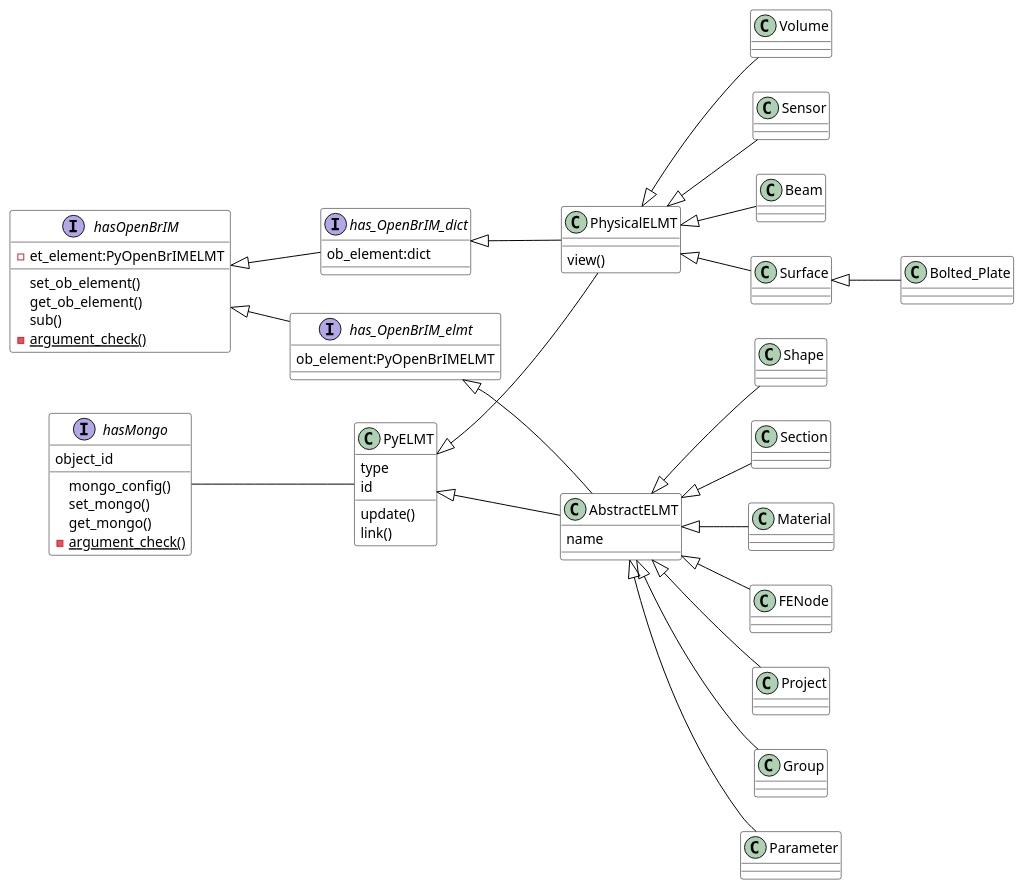
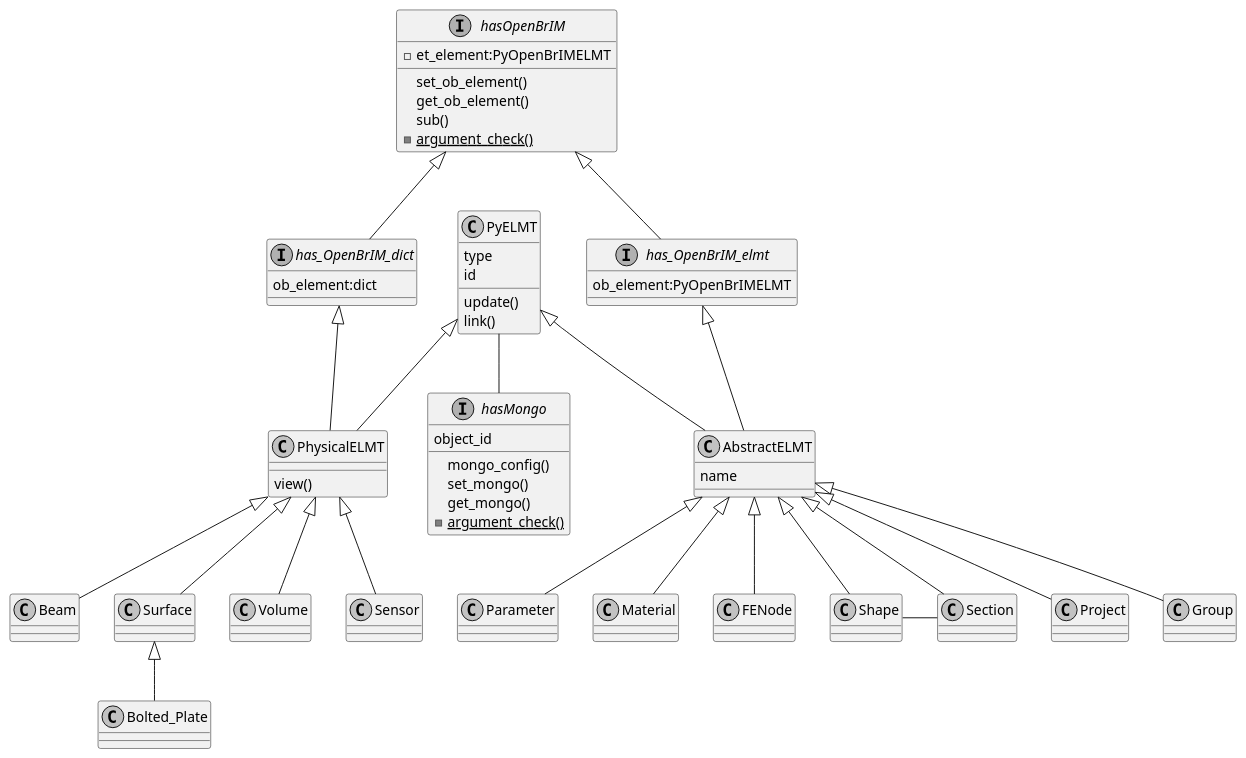
One commit to YidongQIN/PyBMS_BrIM changed the diagram in Notes & Diagrams/BMS_BrIM_class.puml. Above: the diagram before and after it, drawn with PlantUML. The commit also changed 16 other files, not shown here.

Commit message:
PlantUML

```diff
--- a/Notes & Diagrams/BMS_BrIM_class.puml
+++ b/Notes & Diagrams/BMS_BrIM_class.puml
@@ -1,102 +1,114 @@
 @startuml
 
-' top to bottom direction
-left to right direction
+top to bottom direction
+' left to right direction
+
+skinparam shadowing false
+skinparam monochrome true
 
 skinparam class {
-    BackgroundColor White
-    ArrowColor Black
-    BorderColor Black
+
+    ' BackgroundColor White
+    ' ArrowColor Black
+    ' BorderColor Black
 }
 
 Interface hasMongo{
     object_id
     mongo_config()
     set_mongo()
     get_mongo()
     - {static} argument_check()
 }
 
-hasMongo -- PyELMT
+hasMongo -up- PyELMT
 
 Interface hasOpenBrIM{
     - et_element:PyOpenBrIMELMT
     set_ob_element()
     get_ob_element()
     sub()
     - {static} argument_check()
 }
 
 Interface has_OpenBrIM_elmt{
     ob_element:PyOpenBrIMELMT
 }
 
 Interface has_OpenBrIM_dict{
     ob_element:dict
 }
 
-hasOpenBrIM <|-- has_OpenBrIM_elmt
-hasOpenBrIM <|-- has_OpenBrIM_dict
 
 class PyELMT{
     type
     id
     update()
     link()
 }
 
 class AbstractELMT{
     name
 }
 
 class PhysicalELMT{
     view()
 }
 
 ' hide PhysicalELMT circle
 
 together {
     class PyELMT
     ' class AbstractELMT
     ' class PhysicalELMT
     Interface hasMongo
     Interface hasOpenBrIM
 }
 
-' hasOpenBrIM -- hasMongo
-
 PyELMT <|-- AbstractELMT
 PyELMT <|-- PhysicalELMT
-
 has_OpenBrIM_elmt <|-- AbstractELMT
 has_OpenBrIM_dict <|-- PhysicalELMT
+
+hasOpenBrIM <|-- has_OpenBrIM_elmt
+hasOpenBrIM <|-- has_OpenBrIM_dict
 
 class Project
 class Group
 class Parameter
 class Shape
 class Section
 class Material
 class FENode
 
+together {
+    class Project
+    class Group
+}
+
 AbstractELMT <|-- Project
 AbstractELMT <|-- Group
 AbstractELMT <|-- Parameter
 AbstractELMT <|-- Shape
 AbstractELMT <|-- Section
 AbstractELMT <|-- Material
 AbstractELMT <|-- FENode
+Shape -right- Section
+' Material -- Section
 
 class Beam
 class Surface
 class Bolted_Plate
 class Volume
 class Sensor
 
 PhysicalELMT <|-- Beam
 PhysicalELMT <|-- Surface
 Surface <|-- Bolted_Plate
 PhysicalELMT <|-- Volume
 PhysicalELMT <|-- Sensor
 
+' Beam -- Section
+' Beam -- Material
+
 @enduml
```
